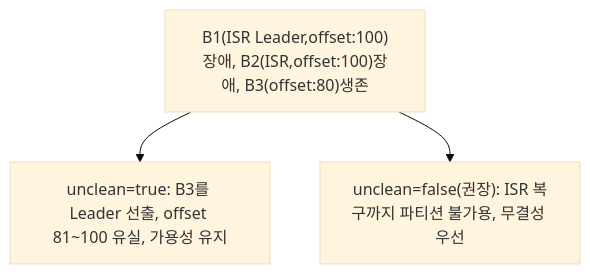
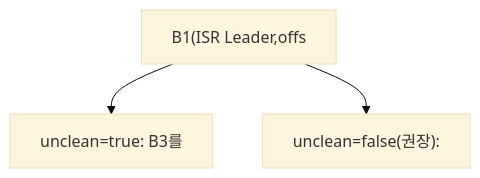
Before and after one commit to yjkim2015/yjkim2015.github.io: the fourth of 21 diagrams in _posts/kafka/2026-05-01-kafka-extreme-scenarios.md, drawn with Mermaid (base theme). The commit also changed other lines of this file and 271 other files, not shown here.

First line of the commit message:
Mermaid 라벨 축소: 긴 노드 텍스트 18자 이하로 트림 + \n 제거

````diff
--- a/_posts/kafka/2026-05-01-kafka-extreme-scenarios.md
+++ b/_posts/kafka/2026-05-01-kafka-extreme-scenarios.md
@@ -68,6 +68,6 @@
 ```mermaid
 graph TD
-    S["B1(ISR Leader,offset:100)장애, B2(ISR,offset:100)장애, B3(offset:80)생존"]
-    S --> U["unclean=true: B3를 Leader 선출, offset 81~100 유실, 가용성 유지"]
-    S --> C["unclean=false(권장): ISR 복구까지 파티션 불가용, 무결성 우선"]
+    S["B1(ISR Leader,offs"]
+    S --> U["unclean=true: B3를"]
+    S --> C["unclean=false(권장):"]
 ```
````
